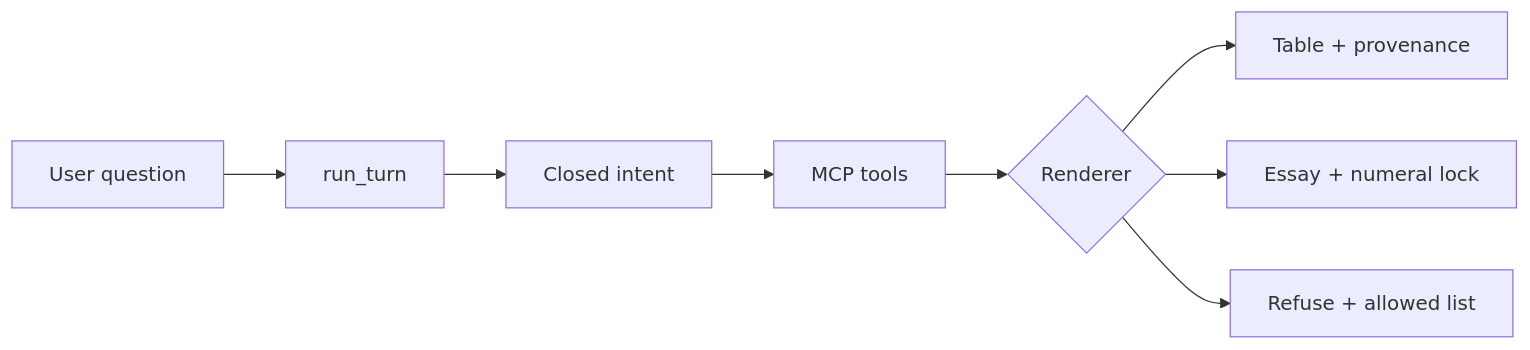
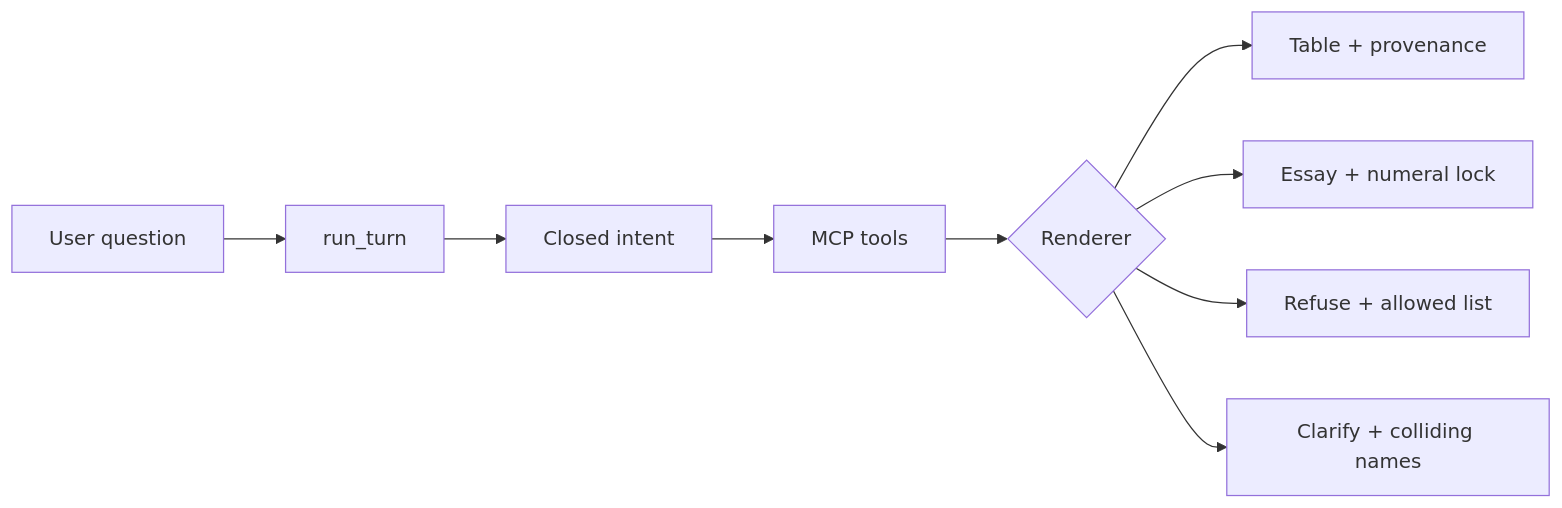
The diagram in docs/design.md (bpyman/financial-analyst-agent), drawn with Mermaid before and after one commit. The commit also changed other lines of this file and 16 other files, not shown here.

````diff
--- a/docs/design.md
+++ b/docs/design.md
@@ -7,10 +7,11 @@
 ```mermaid
 flowchart LR
   U[User question] --> RT["run_turn"]
   RT --> P[Closed intent]
   P --> MCP[MCP tools]
   MCP --> R{Renderer}
   R --> Table[Table + provenance]
   R --> Essay[Essay + numeral lock]
   R --> Refuse[Refuse + allowed list]
+  R --> Clarify[Clarify + colliding names]
 ```
````
